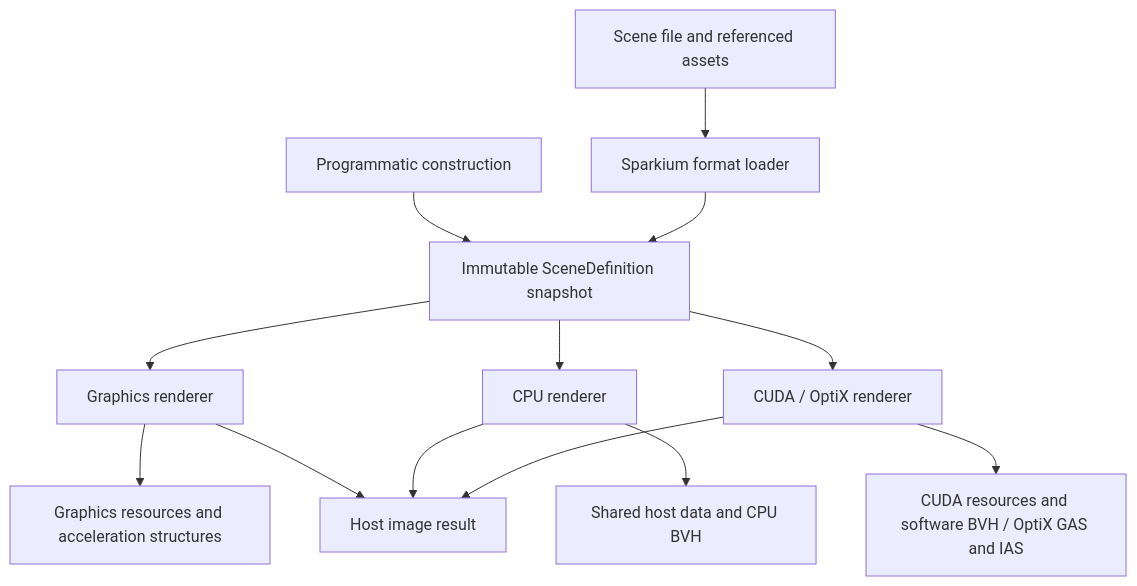
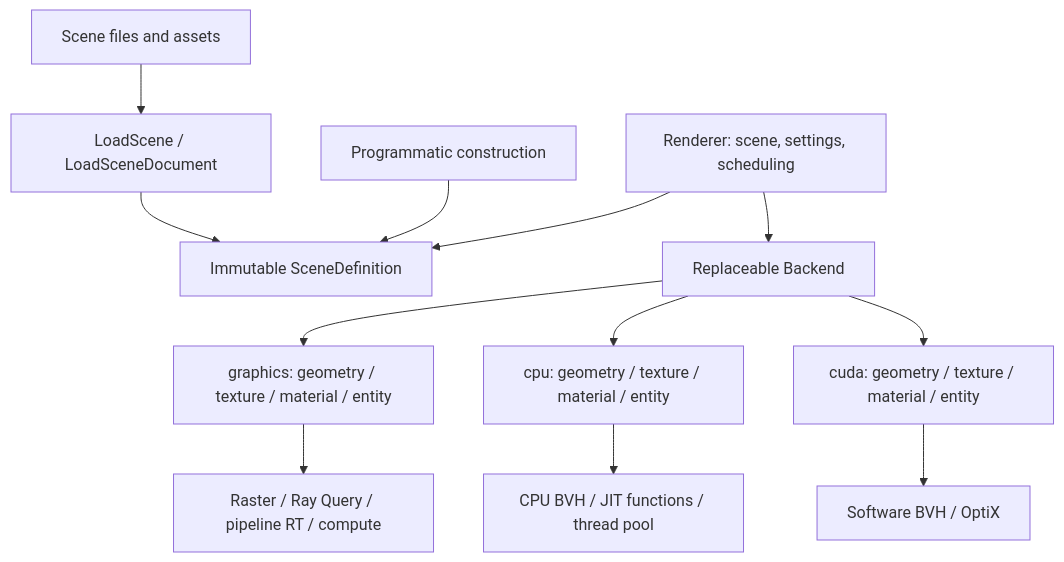
One commit to LazyJazzDev/LongMarch changed the diagram in docs/sparkium-scene-api.md. Above: the diagram before and after it, drawn with Mermaid. The commit also changed other lines of this file and 248 other files, not shown here.

Commit message:
[refactor][sparkium] Make Renderer coordinate scenes and replaceable backends

````diff
--- a/docs/sparkium-scene-api.md
+++ b/docs/sparkium-scene-api.md
@@ -7,15 +7,14 @@
 ```mermaid
 flowchart TD
-    Files[Scene file and referenced assets] --> Loader[Sparkium format loader]
-    Code[Programmatic construction] --> Scene[Immutable SceneDefinition snapshot]
-    Loader --> Scene
-    Scene --> Graphics[Graphics renderer]
-    Scene --> CPU[CPU renderer]
-    Scene --> CUDA[CUDA / OptiX renderer]
-    Graphics --> GPU[Graphics resources and acceleration structures]
-    CPU --> Host[Shared host data and CPU BVH]
-    CUDA --> Device[CUDA resources and software BVH / OptiX GAS and IAS]
-    Graphics --> Result[Host image result]
-    CPU --> Result
-    CUDA --> Result
+    Files[Scene files and assets] --> Loader[LoadScene / LoadSceneDocument]
+    Loader --> Scene[Immutable SceneDefinition]
+    Code[Programmatic construction] --> Scene
+    Renderer[Renderer: scene, settings, scheduling] --> Scene
+    Renderer --> Backend[Replaceable Backend]
+    Backend --> Graphics[graphics: geometry / texture / material / entity]
+    Backend --> CPU[cpu: geometry / texture / material / entity]
+    Backend --> CUDA[cuda: geometry / texture / material / entity]
+    Graphics --> GP[Raster / Ray Query / pipeline RT / compute]
+    CPU --> CP[CPU BVH / JIT functions / thread pool]
+    CUDA --> CU[Software BVH / OptiX]
 ```
````
